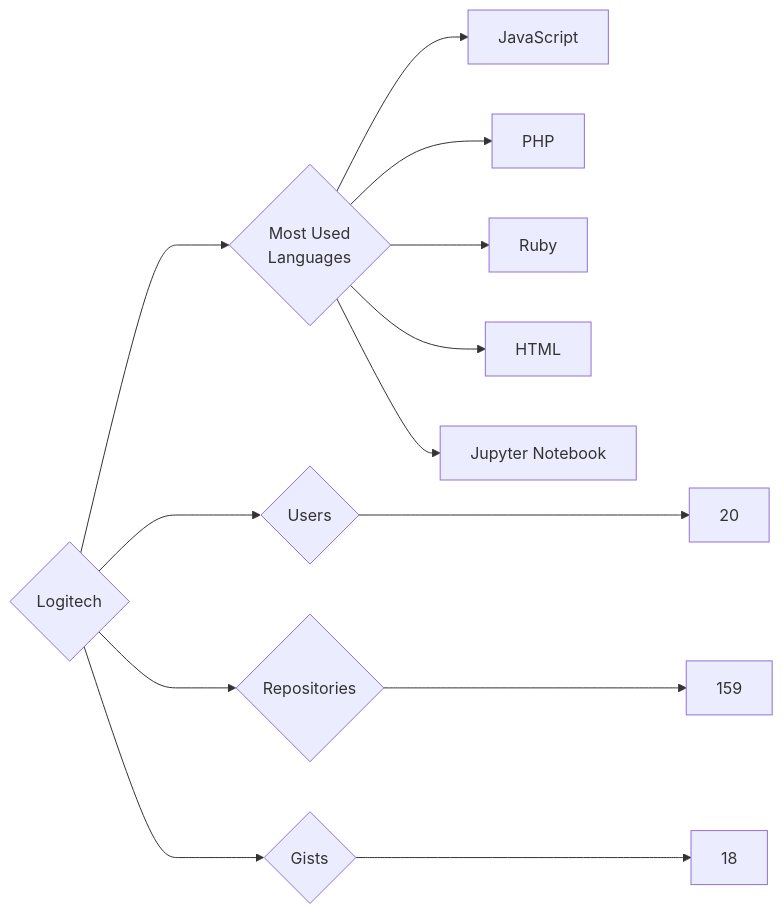
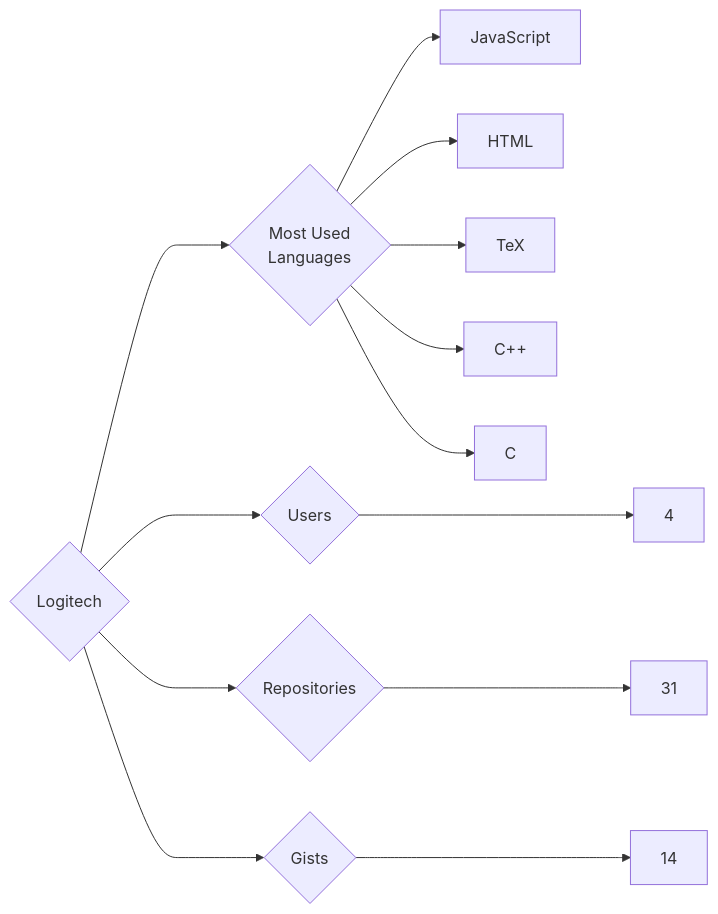
The diagram in targets/Logitech/README.md (trickest/insiders), drawn with Mermaid before and after one commit. The commit also changed 835 other files, not shown here.

````diff
--- a/targets/Logitech/README.md
+++ b/targets/Logitech/README.md
@@ -3,13 +3,13 @@
 ```mermaid
 graph LR
 COMPANY_NAME{Logitech}
-COMPANY_NAME ---> U{Users} ---> UN[20]
-COMPANY_NAME ---> R{Repositories} ---> RN[159]
-COMPANY_NAME ---> G{Gists} ---> GN[18]
+COMPANY_NAME ---> U{Users} ---> UN[4]
+COMPANY_NAME ---> R{Repositories} ---> RN[31]
+COMPANY_NAME ---> G{Gists} ---> GN[14]
 COMPANY_NAME ---> ML{Most Used<br>Languages}
 ML --> JavaScript[JavaScript]
-ML --> PHP[PHP]
-ML --> Ruby[Ruby]
 ML --> HTML[HTML]
-ML --> Jupyter_Notebook[Jupyter Notebook]
+ML --> TeX[TeX]
+ML --> C++[C++]
+ML --> C[C]
 ```
````
